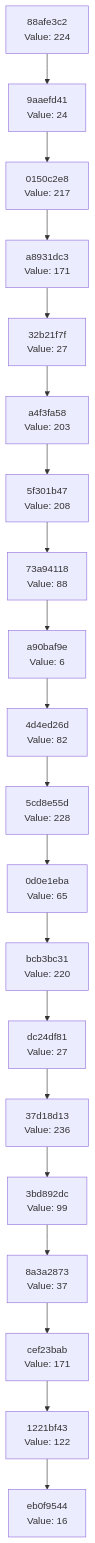
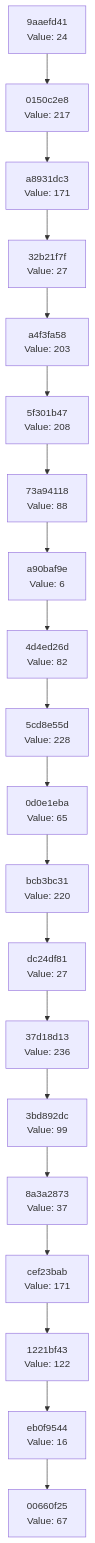
The diagram in docs/CHAIN_VISUALIZATION.md (Abhisheksinha1506/hash-chain-evolver), drawn with Mermaid before and after one commit. The commit also changed 2 other files, not shown here.

Commit message:
Evolution step: hash 0x43 → action executed

````diff
--- a/docs/CHAIN_VISUALIZATION.md
+++ b/docs/CHAIN_VISUALIZATION.md
@@ -3,42 +3,42 @@
 ```mermaid
 graph TD
-    C0["eb0f9544<br/>Value: 16"]
-    C1["1221bf43<br/>Value: 122"]
+    C0["00660f25<br/>Value: 67"]
+    C1["eb0f9544<br/>Value: 16"]
     C1 --> C0
-    C2["cef23bab<br/>Value: 171"]
+    C2["1221bf43<br/>Value: 122"]
     C2 --> C1
-    C3["8a3a2873<br/>Value: 37"]
+    C3["cef23bab<br/>Value: 171"]
     C3 --> C2
-    C4["3bd892dc<br/>Value: 99"]
+    C4["8a3a2873<br/>Value: 37"]
     C4 --> C3
-    C5["37d18d13<br/>Value: 236"]
+    C5["3bd892dc<br/>Value: 99"]
     C5 --> C4
-    C6["dc24df81<br/>Value: 27"]
+    C6["37d18d13<br/>Value: 236"]
     C6 --> C5
-    C7["bcb3bc31<br/>Value: 220"]
+    C7["dc24df81<br/>Value: 27"]
     C7 --> C6
-    C8["0d0e1eba<br/>Value: 65"]
+    C8["bcb3bc31<br/>Value: 220"]
     C8 --> C7
-    C9["5cd8e55d<br/>Value: 228"]
+    C9["0d0e1eba<br/>Value: 65"]
     C9 --> C8
-    C10["4d4ed26d<br/>Value: 82"]
+    C10["5cd8e55d<br/>Value: 228"]
     C10 --> C9
-    C11["a90baf9e<br/>Value: 6"]
+    C11["4d4ed26d<br/>Value: 82"]
     C11 --> C10
-    C12["73a94118<br/>Value: 88"]
+    C12["a90baf9e<br/>Value: 6"]
     C12 --> C11
-    C13["5f301b47<br/>Value: 208"]
+    C13["73a94118<br/>Value: 88"]
     C13 --> C12
-    C14["a4f3fa58<br/>Value: 203"]
+    C14["5f301b47<br/>Value: 208"]
     C14 --> C13
-    C15["32b21f7f<br/>Value: 27"]
+    C15["a4f3fa58<br/>Value: 203"]
     C15 --> C14
-    C16["a8931dc3<br/>Value: 171"]
+    C16["32b21f7f<br/>Value: 27"]
     C16 --> C15
-    C17["0150c2e8<br/>Value: 217"]
+    C17["a8931dc3<br/>Value: 171"]
     C17 --> C16
-    C18["9aaefd41<br/>Value: 24"]
+    C18["0150c2e8<br/>Value: 217"]
     C18 --> C17
-    C19["88afe3c2<br/>Value: 224"]
+    C19["9aaefd41<br/>Value: 24"]
     C19 --> C18
 ```
````
